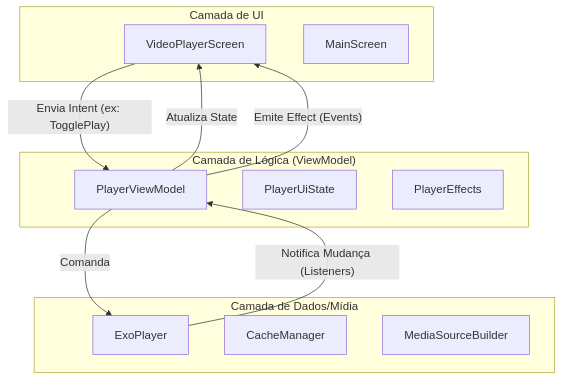
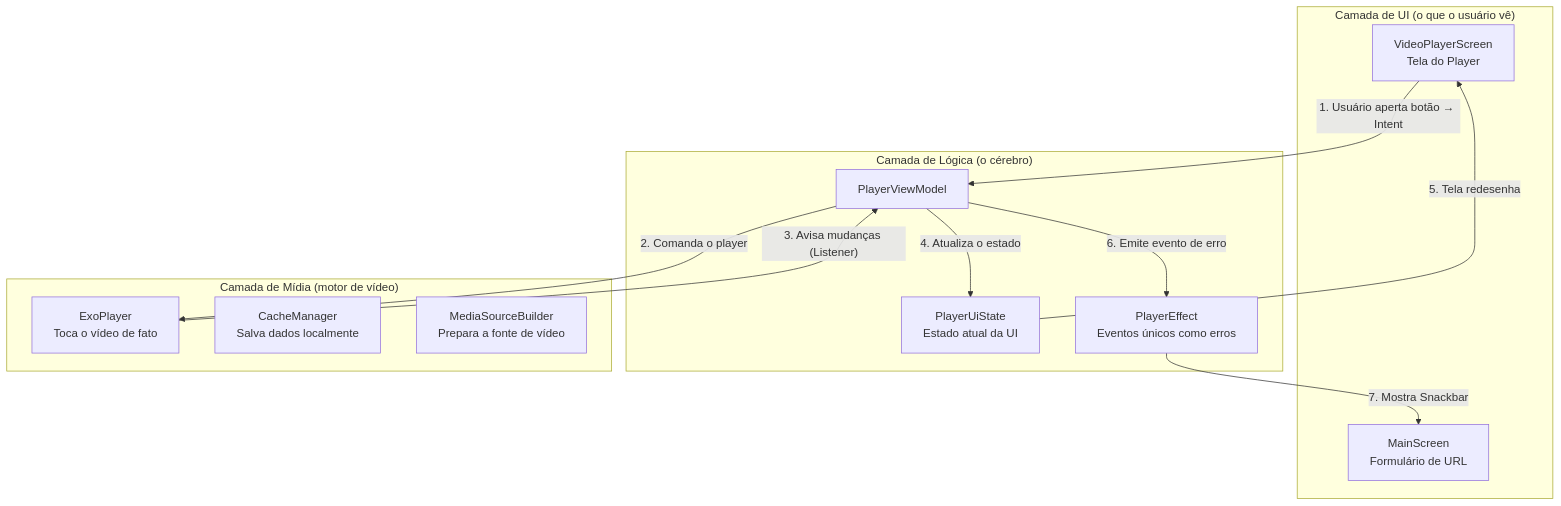
One commit to welton-carvalho/player-lab changed the diagram in README.md. Above: the diagram before and after it, drawn with Mermaid. The commit also changed other lines of this file, not shown here.

````diff
--- a/README.md
+++ b/README.md
@@ -12,25 +180,27 @@
 ```mermaid
 graph TD
-    subgraph "Camada de UI"
-        VPS[VideoPlayerScreen]
-        MS[MainScreen]
+    subgraph "Camada de UI (o que o usuário vê)"
+        VPS[VideoPlayerScreen<br/>Tela do Player]
+        MS[MainScreen<br/>Formulário de URL]
     end
 
-    subgraph "Camada de Lógica (ViewModel)"
+    subgraph "Camada de Lógica (o cérebro)"
         VM[PlayerViewModel]
-        State[PlayerUiState]
-        Effects[PlayerEffects]
+        State[PlayerUiState<br/>Estado atual da UI]
+        Effects[PlayerEffect<br/>Eventos únicos como erros]
     end
 
-    subgraph "Camada de Dados/Mídia"
-        EP[ExoPlayer]
-        CM[CacheManager]
-        MSB[MediaSourceBuilder]
+    subgraph "Camada de Mídia (motor de vídeo)"
+        EP[ExoPlayer<br/>Toca o vídeo de fato]
+        CM[CacheManager<br/>Salva dados localmente]
+        MSB[MediaSourceBuilder<br/>Prepara a fonte de vídeo]
     end
 
-    VPS -- "Envia Intent (ex: TogglePlay)" --> VM
-    VM -- "Comanda" --> EP
-    EP -- "Notifica Mudança (Listeners)" --> VM
-    VM -- "Atualiza State" --> VPS
-    VM -- "Emite Effect (Events)" --> VPS
+    VPS -- "1. Usuário aperta botão → Intent" --> VM
+    VM -- "2. Comanda o player" --> EP
+    EP -- "3. Avisa mudanças (Listener)" --> VM
+    VM -- "4. Atualiza o estado" --> State
+    State -- "5. Tela redesenha" --> VPS
+    VM -- "6. Emite evento de erro" --> Effects
+    Effects -- "7. Mostra Snackbar" --> MS
 ```
````
